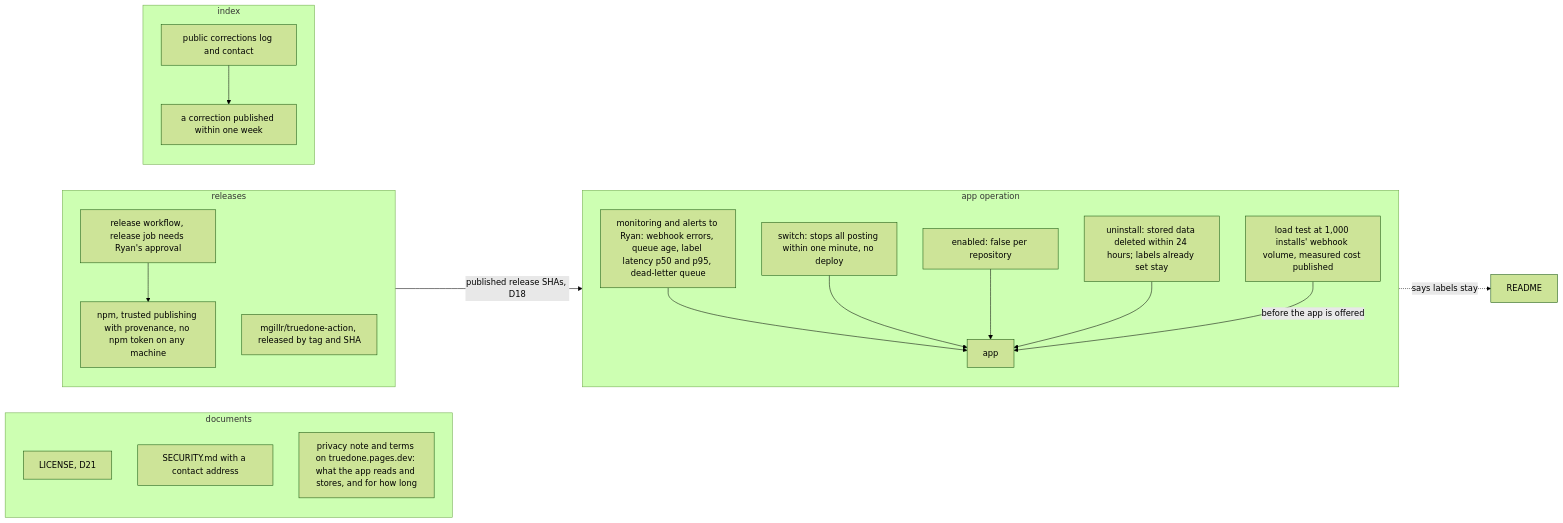
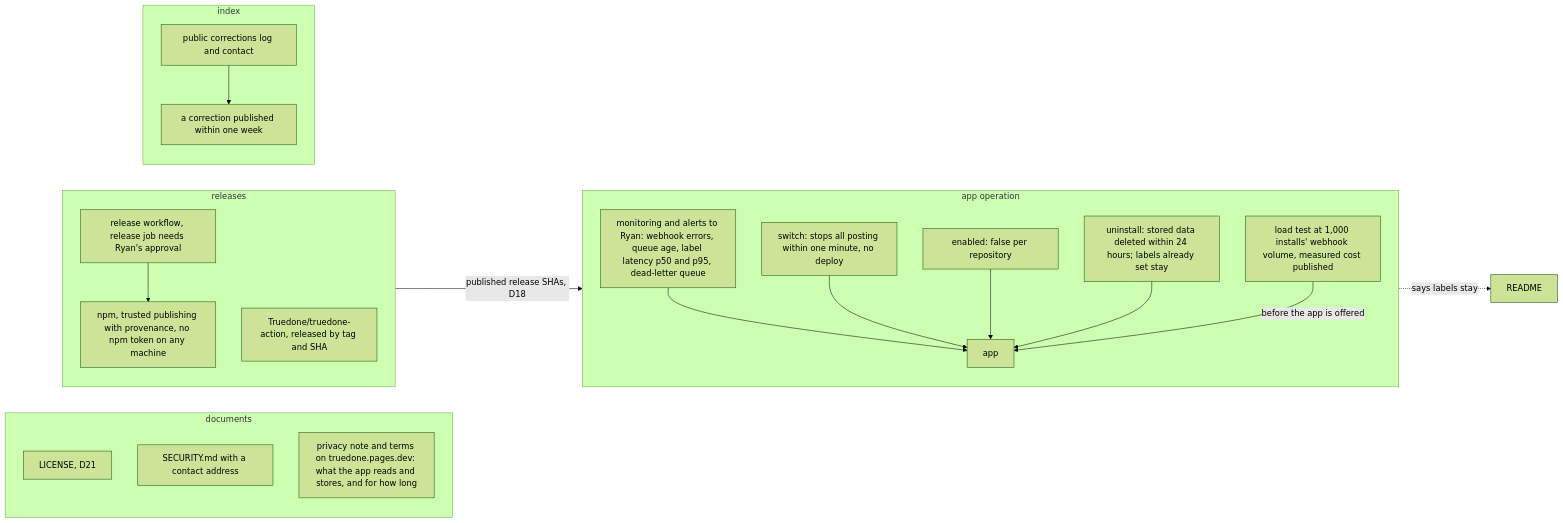
The second of 2 diagrams in docs/design/06-release-requirements.md (Truedone/truedone), drawn with Mermaid (forest theme) before and after one commit. The commit also changed other lines of this file and 6 other files, not shown here.

````diff
--- a/docs/design/06-release-requirements.md
+++ b/docs/design/06-release-requirements.md
@@ -35,39 +35,39 @@
 ```mermaid
 flowchart LR
   subgraph POLICY["documents"]
     direction TB
     LIC["LICENSE, D21"]
     SECM["SECURITY.md with a contact address"]
     PRIV["privacy note and terms on truedone.pages.dev: what the app reads and stores, and for how long"]
   end
   subgraph RELEASE["releases"]
     direction TB
     WF["release workflow, release job needs Ryan's approval"]
     NPM["npm, trusted publishing with provenance, no npm token on any machine"]
-    ACTR["mgillr/truedone-action, released by tag and SHA"]
+    ACTR["Truedone/truedone-action, released by tag and SHA"]
     WF --> NPM
   end
   subgraph APPOPS["app operation"]
     direction TB
     APP["app"]
     MON["monitoring and alerts to Ryan: webhook errors, queue age, label latency p50 and p95, dead-letter queue"]
     SW["switch: stops all posting within one minute, no deploy"]
     EN["enabled: false per repository"]
     UNI["uninstall: stored data deleted within 24 hours; labels already set stay"]
     LT["load test at 1,000 installs' webhook volume, measured cost published"]
   end
   subgraph INDEX["index"]
     direction TB
     CL["public corrections log and contact"]
     CW["a correction published within one week"]
     CL --> CW
   end
   README["README"]
   ACTR -->|published release SHAs, D18| APP
   MON --> APP
   SW --> APP
   EN --> APP
   UNI --> APP
   LT -->|before the app is offered| APP
   UNI -.->|says labels stay| README
 ```
````
